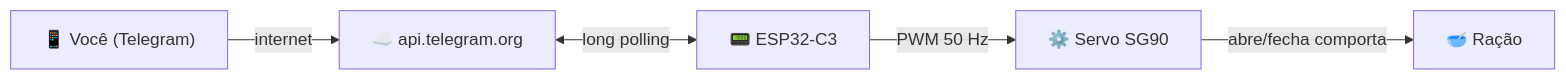
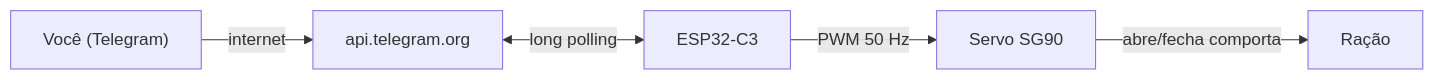
Before and after one commit to GenilsonJrs/alimentador-gato-esp32c3: the diagram in README.md, drawn with Mermaid. The commit also changed other lines of this file, not shown here.

````diff
--- a/README.md
+++ b/README.md
@@ -33,7 +33,7 @@
 ```mermaid
 flowchart LR
-    U["📱 Você (Telegram)"] -->|internet| API["☁️ api.telegram.org"]
-    API <-->|long polling| ESP["📟 ESP32-C3"]
-    ESP -->|PWM 50 Hz| S["⚙️ Servo SG90"]
-    S -->|abre/fecha comporta| R["🥣 Ração"]
+    U[" Você (Telegram)"] -->|internet| API[" api.telegram.org"]
+    API <-->|long polling| ESP[" ESP32-C3"]
+    ESP -->|PWM 50 Hz| S[" Servo SG90"]
+    S -->|abre/fecha comporta| R[" Ração"]
 ```
````
